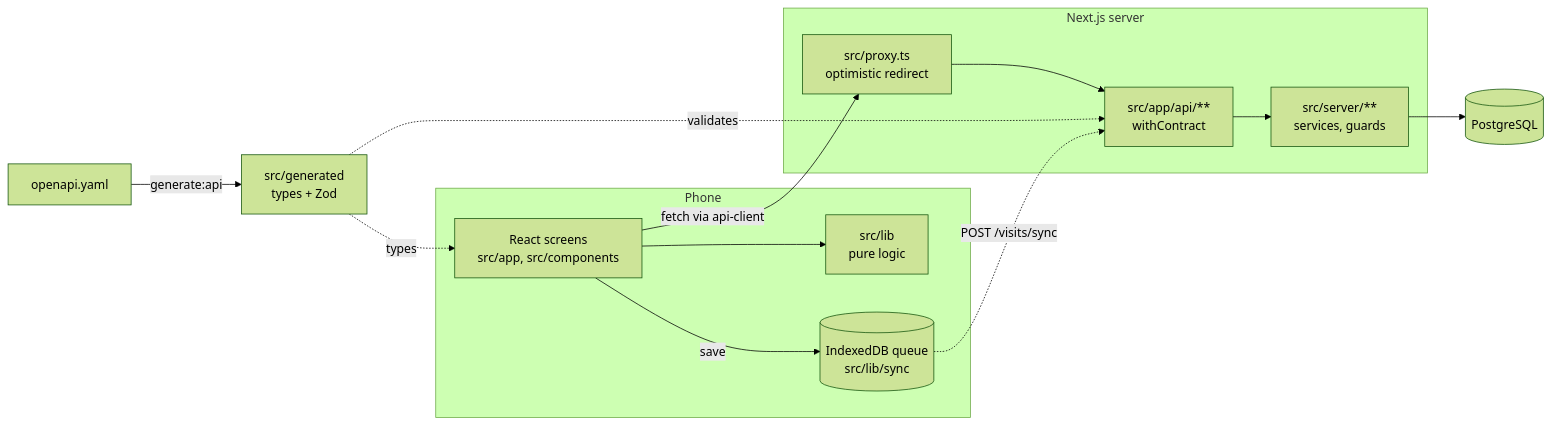
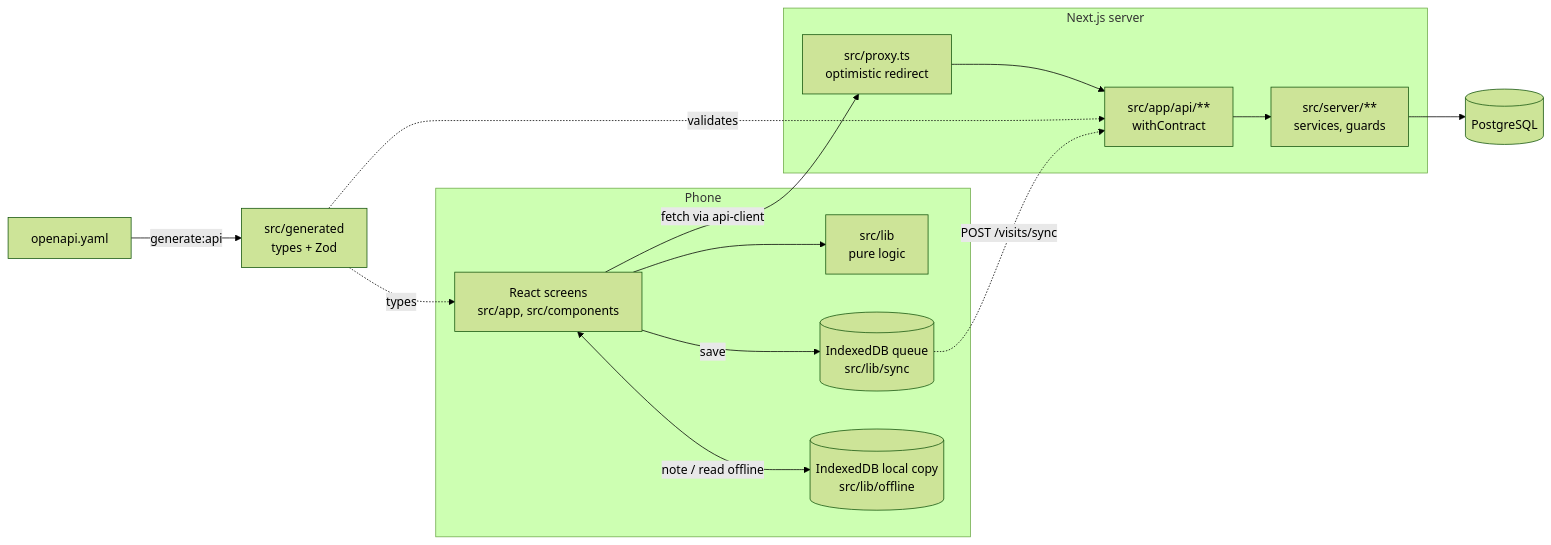
One commit to alphonsekoh/door-to-door changed the diagram in docs/ARCHITECTURE.md. Above: the diagram before and after it, drawn with Mermaid (forest theme). The commit also changed other lines of this file and 45 other files, not shown here.

````diff
--- a/docs/ARCHITECTURE.md
+++ b/docs/ARCHITECTURE.md
@@ -11,21 +12,23 @@
 ```mermaid
 flowchart LR
   subgraph Phone
     UI[React screens<br/>src/app, src/components]
     Lib[src/lib<br/>pure logic]
     Q[(IndexedDB queue<br/>src/lib/sync)]
+    LC[(IndexedDB local copy<br/>src/lib/offline)]
   end
   subgraph Server[Next.js server]
     Proxy[src/proxy.ts<br/>optimistic redirect]
     Routes[src/app/api/**<br/>withContract]
     Svc[src/server/**<br/>services, guards]
   end
   DB[(PostgreSQL)]
   Spec[openapi.yaml] -->|generate:api| Gen[src/generated<br/>types + Zod]
   UI --> Lib
   UI -->|save| Q
+  UI <-->|note / read offline| LC
   UI -->|fetch via api-client| Proxy --> Routes --> Svc --> DB
   Gen -.validates.-> Routes
   Gen -.types.-> UI
   Q -.->|POST /visits/sync| Routes
 ```
````
